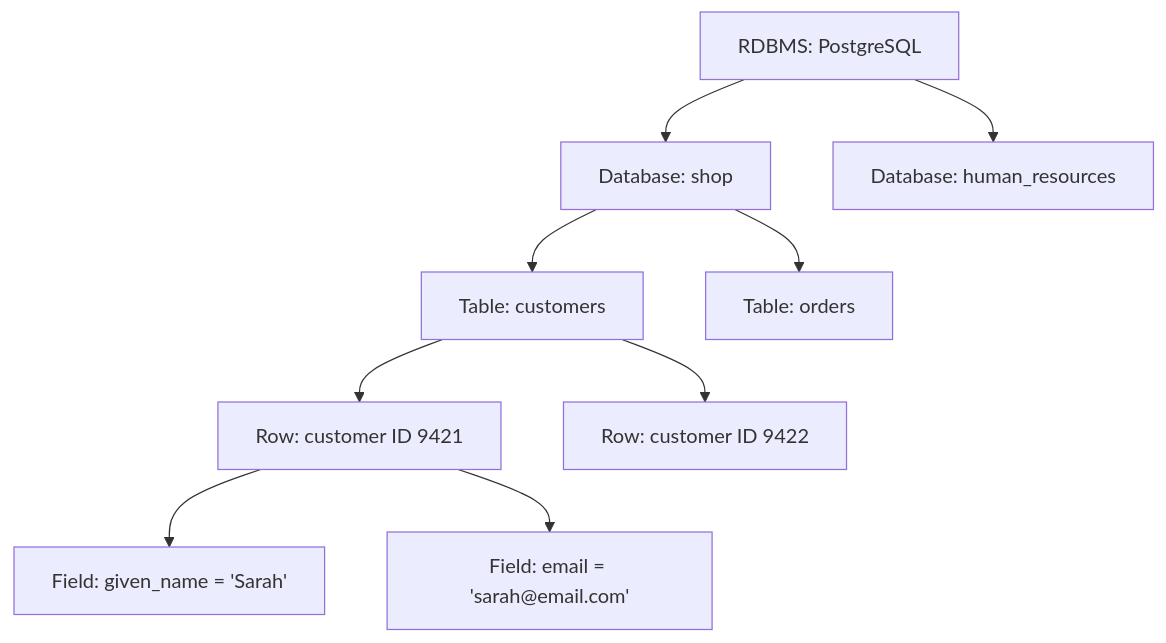
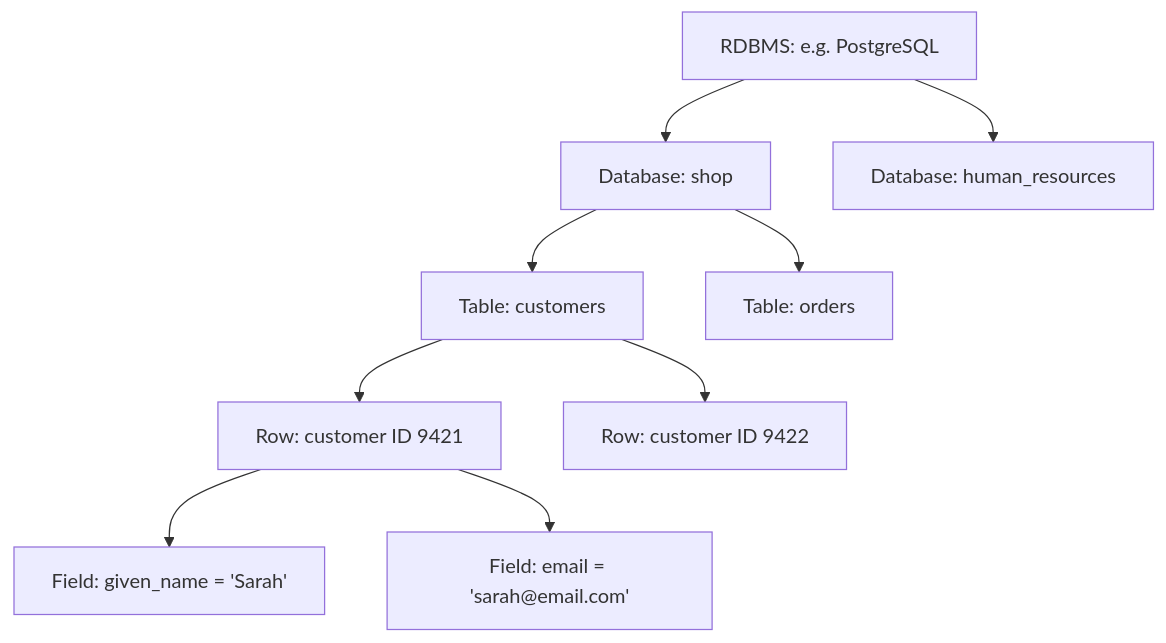
The diagram in module_1_intro_to_the_module_and_sql/1.1_introduction_to_relational_databases/1.1.2_basic_relational_database_concepts.md (mmantle-hud/githubpages), drawn with Mermaid before and after one commit. The commit also changed 2 other files, not shown here.

Commit message:
intro_to_sql

```diff
--- a/module_1_intro_to_the_module_and_sql/1.1_introduction_to_relational_databases/1.1.2_basic_relational_database_concepts.md
+++ b/module_1_intro_to_the_module_and_sql/1.1_introduction_to_relational_databases/1.1.2_basic_relational_database_concepts.md
@@ -55,32 +55,32 @@
 <pre class="mermaid">
 graph TD
     accTitle: Hierarchical diagram showing the relationship between the parts of a RDBMS.
     accDescr: Hierarchical diagram showing the relationship between an RDBMS, databases, tables, rows and fields.
     %% Define the Hierarchy
-    RDBMS[RDBMS: PostgreSQL]
+    RDBMS[RDBMS: e.g. PostgreSQL]
     
     DB1[Database: shop]
     DB2[Database: human_resources]
     
     T1[Table: customers]
     T2[Table: orders]
     
     R1[Row: customer ID 9421]
     R2[Row: customer ID 9422]
     
     F1[Field: given_name = 'Sarah']
     F2[Field: email = 'sarah@email.com']
 
     %% Define the Connections
     RDBMS --> DB1
     RDBMS --> DB2
     
     DB1 --> T1
     DB1 --> T2
     
     T1 --> R1
     T1 --> R2
     
     R1 --> F1
     R1 --> F2
 </pre>
```
